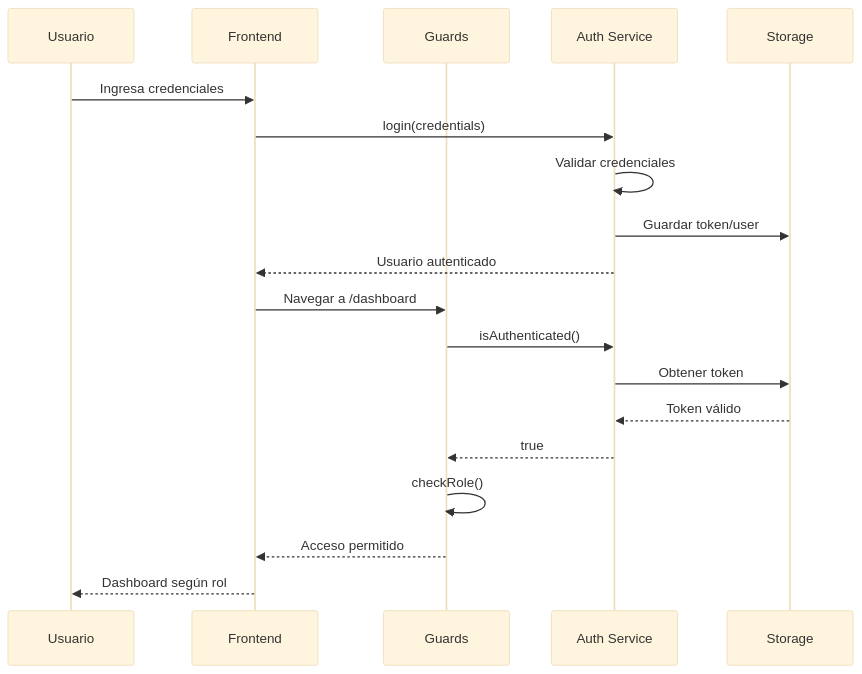
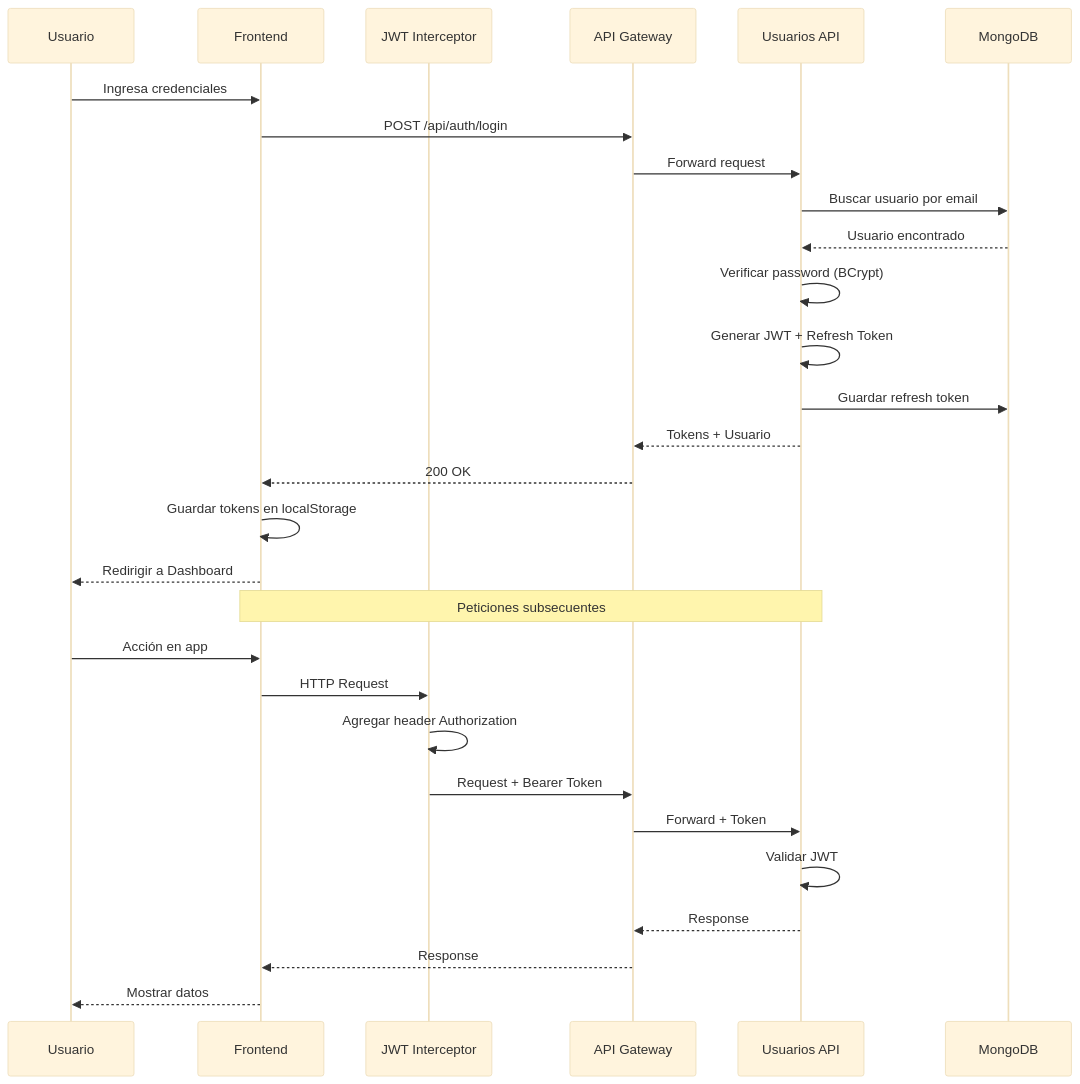
Before and after one commit to Chocopro713/MVP_Empresa_ABC: the second of 2 diagrams in arquitectura/DECISIONS.md, drawn with Mermaid (base theme). The commit also changed other lines of this file and 50 other files, not shown here.

````diff
--- a/arquitectura/DECISIONS.md
+++ b/arquitectura/DECISIONS.md
@@ -391,22 +482,33 @@
 ```mermaid
 sequenceDiagram
     participant U as Usuario
     participant F as Frontend
-    participant G as Guards
-    participant A as Auth Service
-    participant S as Storage
+    participant I as JWT Interceptor
+    participant GW as API Gateway
+    participant A as Usuarios API
+    participant DB as MongoDB
     
     U->>F: Ingresa credenciales
-    F->>A: login(credentials)
-    A->>A: Validar credenciales
-    A->>S: Guardar token/user
-    A-->>F: Usuario autenticado
-    F->>G: Navegar a /dashboard
-    G->>A: isAuthenticated()
-    A->>S: Obtener token
-    S-->>A: Token válido
-    A-->>G: true
-    G->>G: checkRole()
-    G-->>F: Acceso permitido
-    F-->>U: Dashboard según rol
+    F->>GW: POST /api/auth/login
+    GW->>A: Forward request
+    A->>DB: Buscar usuario por email
+    DB-->>A: Usuario encontrado
+    A->>A: Verificar password (BCrypt)
+    A->>A: Generar JWT + Refresh Token
+    A->>DB: Guardar refresh token
+    A-->>GW: Tokens + Usuario
+    GW-->>F: 200 OK
+    F->>F: Guardar tokens en localStorage
+    F-->>U: Redirigir a Dashboard
+    
+    Note over F,A: Peticiones subsecuentes
+    U->>F: Acción en app
+    F->>I: HTTP Request
+    I->>I: Agregar header Authorization
+    I->>GW: Request + Bearer Token
+    GW->>A: Forward + Token
+    A->>A: Validar JWT
+    A-->>GW: Response
+    GW-->>F: Response
+    F-->>U: Mostrar datos
 ```
````
